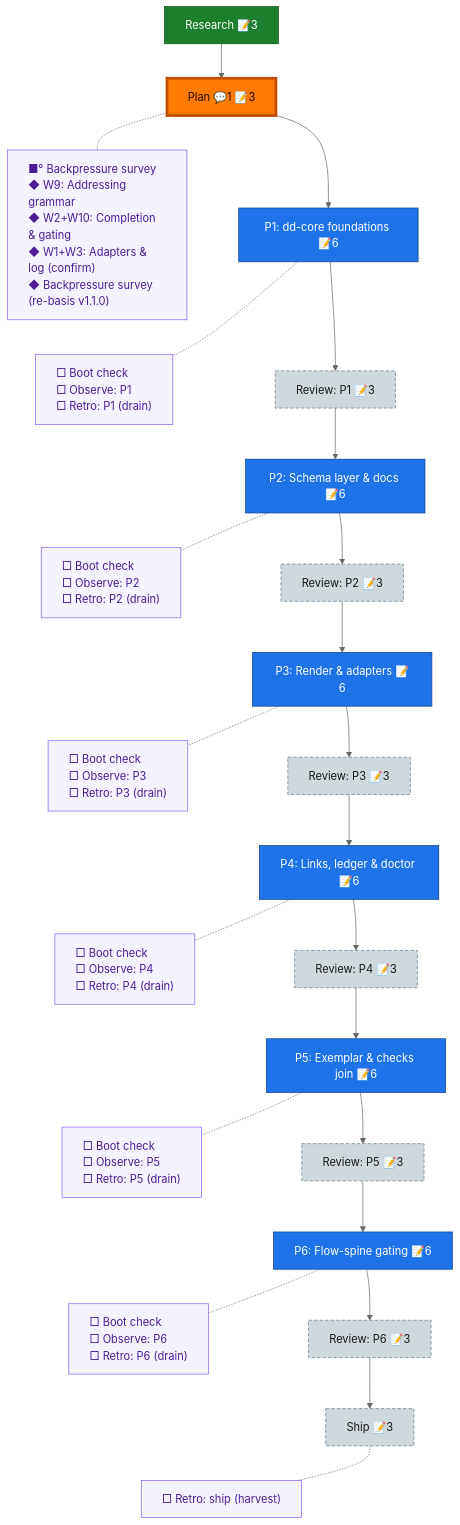
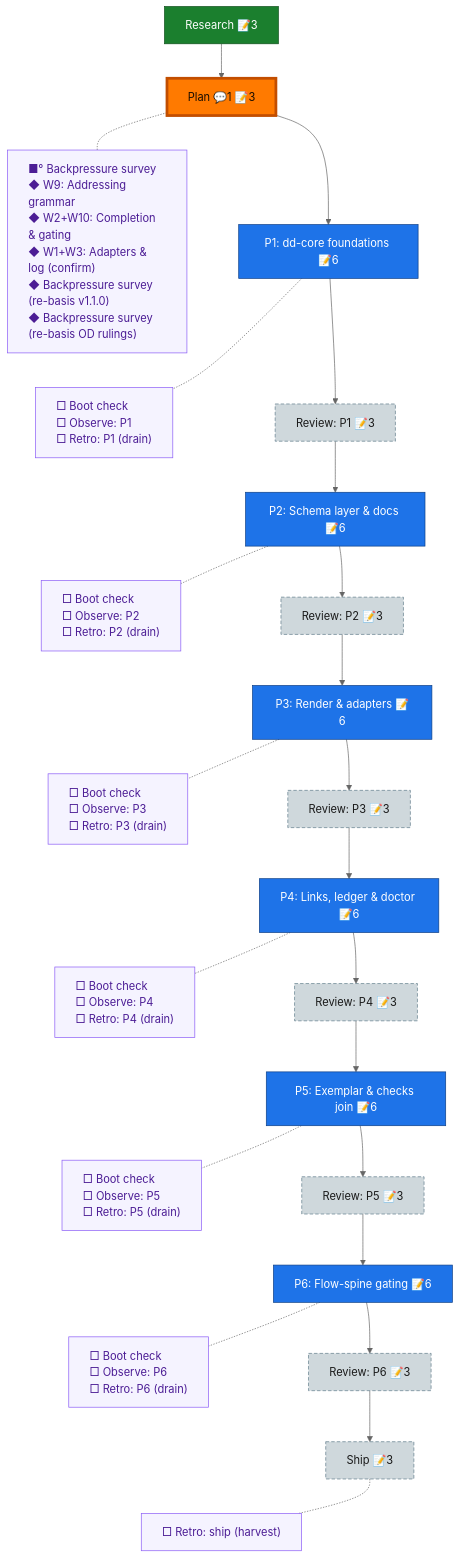
One commit to AI-Substrate/harness-engineering changed the diagram in docs/plans/065-deterministic-documents/the-flow.md. Above: the diagram before and after it, drawn with Mermaid (neutral theme). The commit also changed other lines of this file and 4 other files, not shown here.

````diff
--- a/docs/plans/065-deterministic-documents/the-flow.md
+++ b/docs/plans/065-deterministic-documents/the-flow.md
@@ -8,49 +8,49 @@
 ```mermaid
 flowchart TD
     research["Research 📝3"]:::done
     plan["Plan 💬1 📝3"]:::done
     phase_1["P1: dd-core foundations 📝6"]:::known
     review_1["Review: P1 📝3"]:::assumed
     phase_2["P2: Schema layer & docs 📝6"]:::known
     review_2["Review: P2 📝3"]:::assumed
     phase_3["P3: Render & adapters 📝6"]:::known
     review_3["Review: P3 📝3"]:::assumed
     phase_4["P4: Links, ledger & doctor 📝6"]:::known
     review_4["Review: P4 📝3"]:::assumed
     phase_5["P5: Exemplar & checks join 📝6"]:::known
     review_5["Review: P5 📝3"]:::assumed
     phase_6["P6: Flow-spine gating 📝6"]:::known
     review_6["Review: P6 📝3"]:::assumed
     ship["Ship 📝3"]:::assumed
 
     research --> plan --> phase_1 --> review_1 --> phase_2 --> review_2 --> phase_3 --> review_3 --> phase_4 --> review_4 --> phase_5 --> review_5 --> phase_6 --> review_6 --> ship
 
-    planC["■° Backpressure survey<br/>◆ W9: Addressing grammar<br/>◆ W2+W10: Completion & gating<br/>◆ W1+W3: Adapters & log (confirm)<br/>◆ Backpressure survey (re-basis v1.1.0)"]:::chore
+    planC["■° Backpressure survey<br/>◆ W9: Addressing grammar<br/>◆ W2+W10: Completion & gating<br/>◆ W1+W3: Adapters & log (confirm)<br/>◆ Backpressure survey (re-basis v1.1.0)<br/>◆ Backpressure survey (re-basis OD rulings)"]:::chore
     phase_1C["□ Boot check<br/>□ Observe: P1<br/>□ Retro: P1 (drain)"]:::chore
     phase_2C["□ Boot check<br/>□ Observe: P2<br/>□ Retro: P2 (drain)"]:::chore
     phase_3C["□ Boot check<br/>□ Observe: P3<br/>□ Retro: P3 (drain)"]:::chore
     phase_4C["□ Boot check<br/>□ Observe: P4<br/>□ Retro: P4 (drain)"]:::chore
     phase_5C["□ Boot check<br/>□ Observe: P5<br/>□ Retro: P5 (drain)"]:::chore
     phase_6C["□ Boot check<br/>□ Observe: P6<br/>□ Retro: P6 (drain)"]:::chore
     shipC["□ Retro: ship (harvest)"]:::chore
 
     %% invisible chain holds the gutter boxes in their own column
     planC ~~~ phase_1C ~~~ phase_2C ~~~ phase_3C ~~~ phase_4C ~~~ phase_5C ~~~ phase_6C ~~~ shipC
 
     %% dotted links pull each gutter box beside its node
     plan -.- planC
     phase_1 -.- phase_1C
     phase_2 -.- phase_2C
     phase_3 -.- phase_3C
     phase_4 -.- phase_4C
     phase_5 -.- phase_5C
     phase_6 -.- phase_6C
     ship -.- shipC
 
     classDef done fill:#1B7F2E,stroke:#0F4F1B,color:#fff;
     classDef known fill:#1E73E8,stroke:#0D3F86,color:#fff;
     classDef assumed fill:#CFD8DC,stroke:#607D8B,color:#1a1a1a,stroke-dasharray:5 3;
     classDef chore fill:#f5f3ff,stroke:#8b5cf6,color:#4c1d95,text-align:left;
     classDef current fill:#FF7A00,stroke:#C24E00,color:#1a0e00,stroke-width:4px;
     class plan current;
 ```
````
